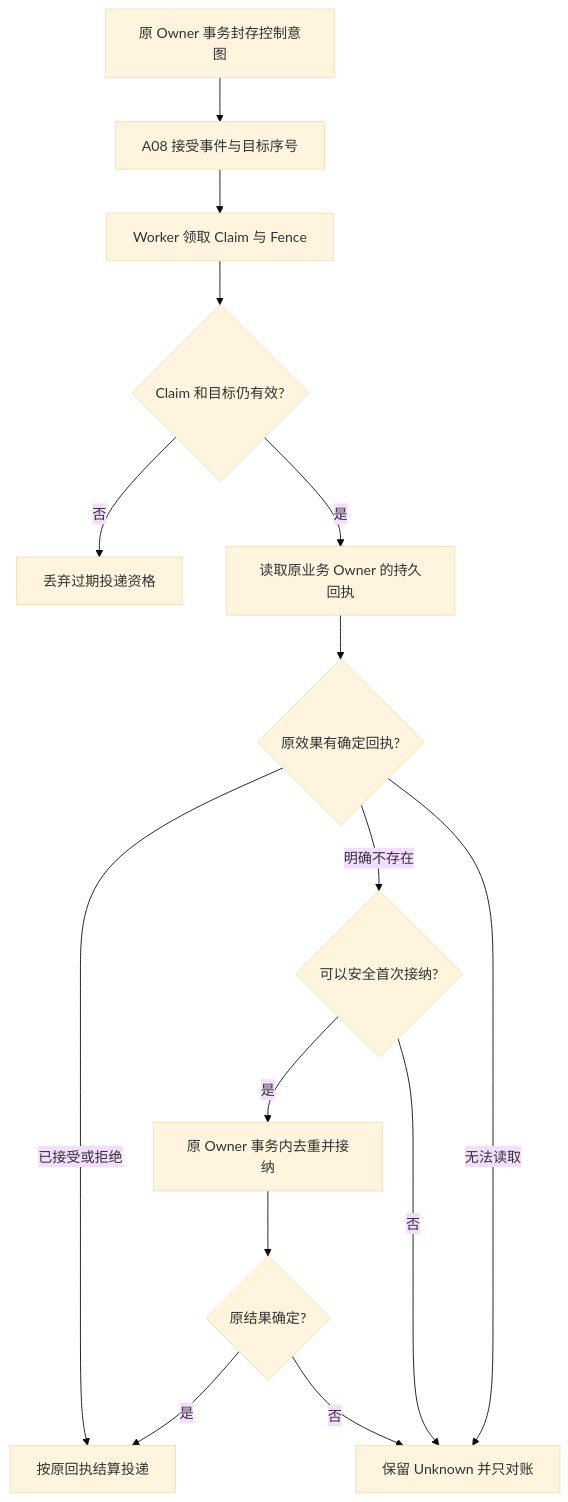
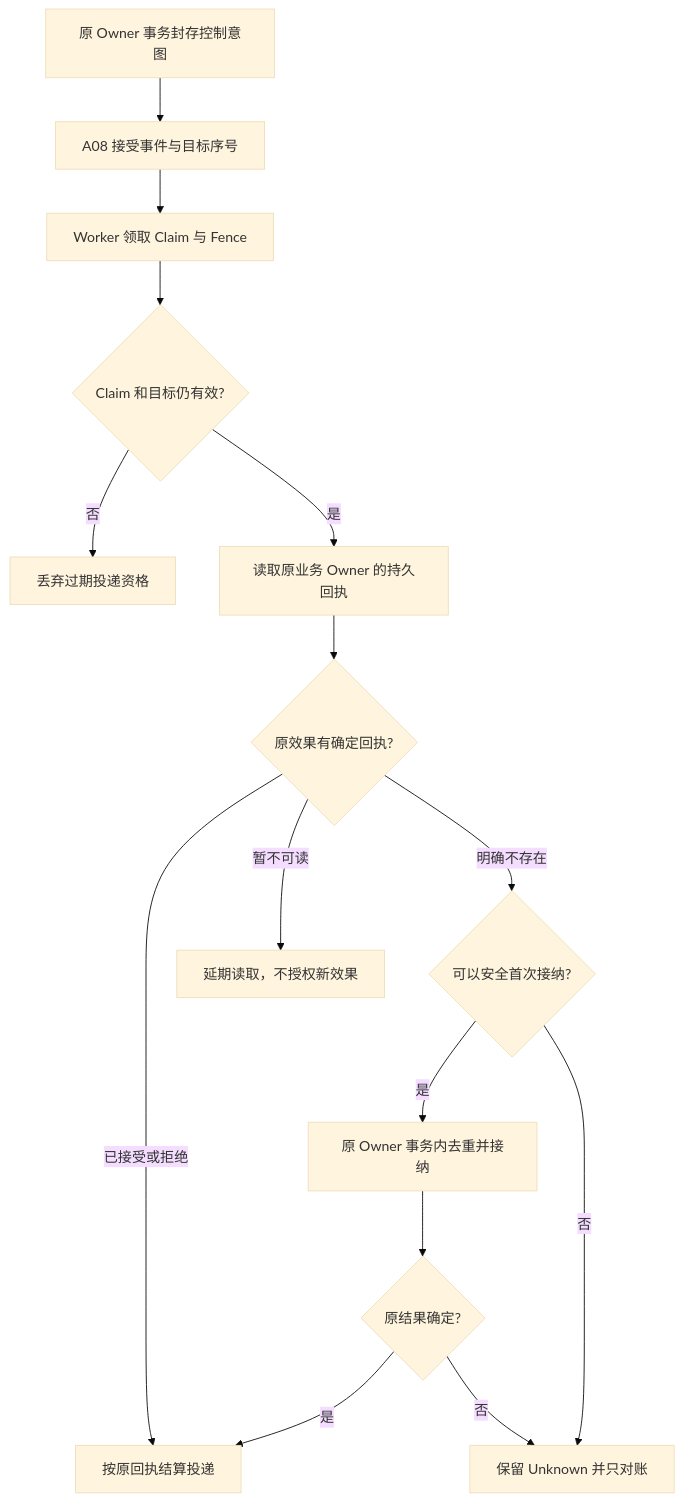
The diagram in articles/agent-control-events-durable-owner-adoption.md (hpoenixf/eff-agent-article), drawn with Mermaid (base theme) before and after one commit. The commit also changed other lines of this file, not shown here.

````diff
--- a/articles/agent-control-events-durable-owner-adoption.md
+++ b/articles/agent-control-events-durable-owner-adoption.md
@@ -46,17 +46,17 @@
 ```mermaid
 flowchart TD
   A[原 Owner 事务封存控制意图] --> B[A08 接受事件与目标序号]
   B --> C[Worker 领取 Claim 与 Fence]
   C --> D{Claim 和目标仍有效?}
   D -- 否 --> E[丢弃过期投递资格]
   D -- 是 --> F[读取原业务 Owner 的持久回执]
   F --> G{原效果有确定回执?}
   G -- 已接受或拒绝 --> H[按原回执结算投递]
   G -- 明确不存在 --> I{可以安全首次接纳?}
   I -- 是 --> J[原 Owner 事务内去重并接纳]
   J --> K{原结果确定?}
   K -- 是 --> H
   K -- 否 --> L[保留 Unknown 并只对账]
   I -- 否 --> L
-  G -- 无法读取 --> L
+  G -- 暂不可读 --> M[延期读取，不授权新效果]
 ```
````
